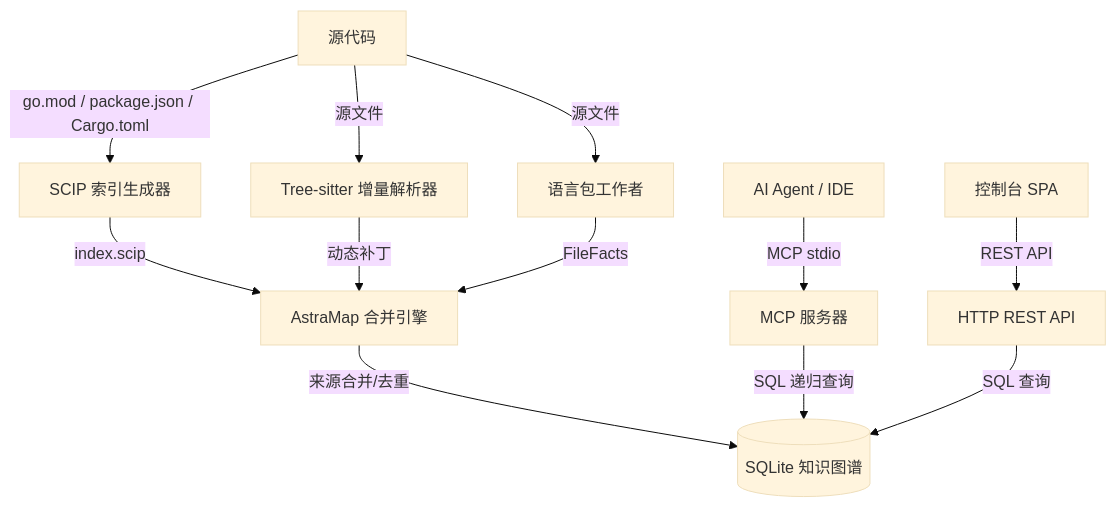
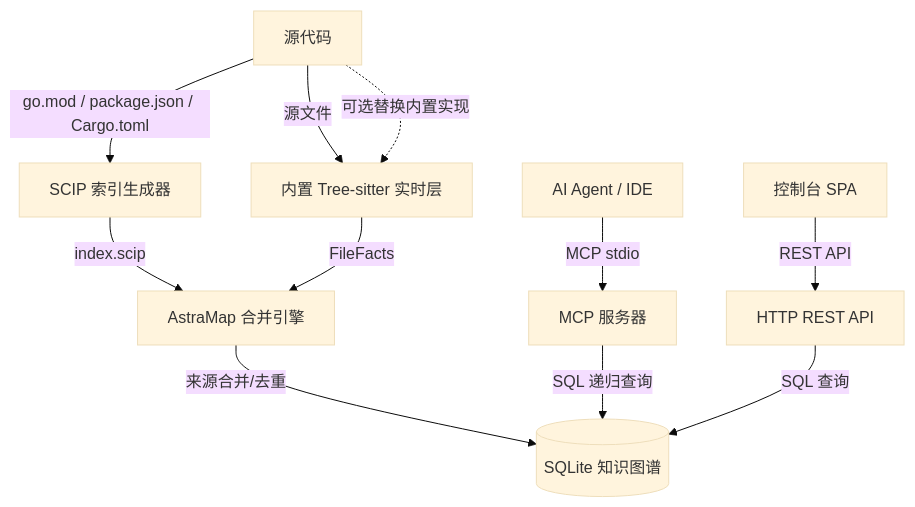
One commit to SourceAstra/AstraMap changed the diagram in docs/astramap_design.md. Above: the diagram before and after it, drawn with Mermaid (base theme). The commit also changed other lines of this file and 21 other files, not shown here.

Commit message:
docs/astramap_design.md: update design doc with dual-layer model and language architecture

````diff
--- a/docs/astramap_design.md
+++ b/docs/astramap_design.md
@@ -51,15 +55,14 @@
 ```mermaid
 graph TD
     A[源代码] -->|go.mod / package.json / Cargo.toml| B[SCIP 索引生成器]
-    A -->|源文件| D2[Tree-sitter 增量解析器]
-    A -->|源文件| D3[语言包工作者]
+    A -->|源文件| D2[内置 Tree-sitter 实时层]
+    A -.->|可选替换内置实现| D2
     B -->|index.scip| D[AstraMap 合并引擎]
-    D2 -->|动态补丁| D
-    D3 -->|FileFacts| D
+    D2 -->|FileFacts| D
     D -->|来源合并/去重| E[(SQLite 知识图谱)]
 
     F[MCP 服务器] -->|SQL 递归查询| E
     G[HTTP REST API] -->|SQL 查询| E
     H[控制台 SPA] -->|REST API| G
     I[AI Agent / IDE] -->|MCP stdio| F
 ```
````
